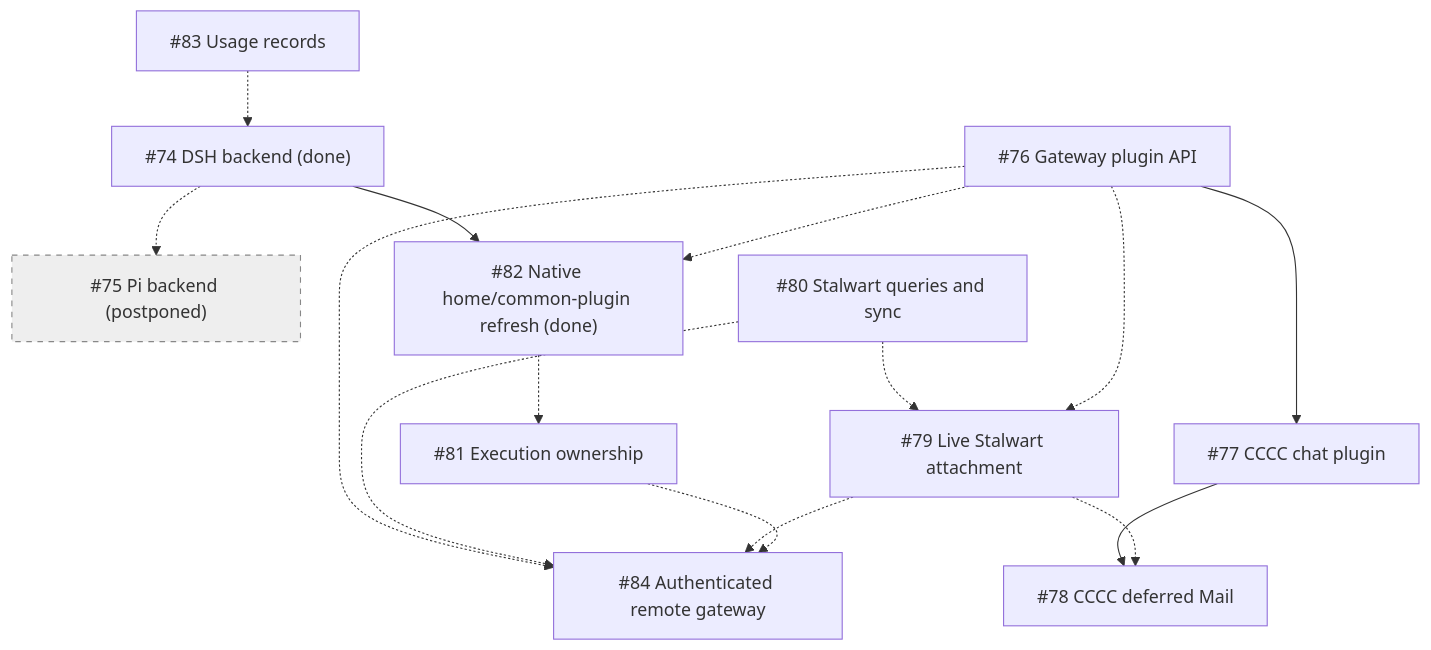
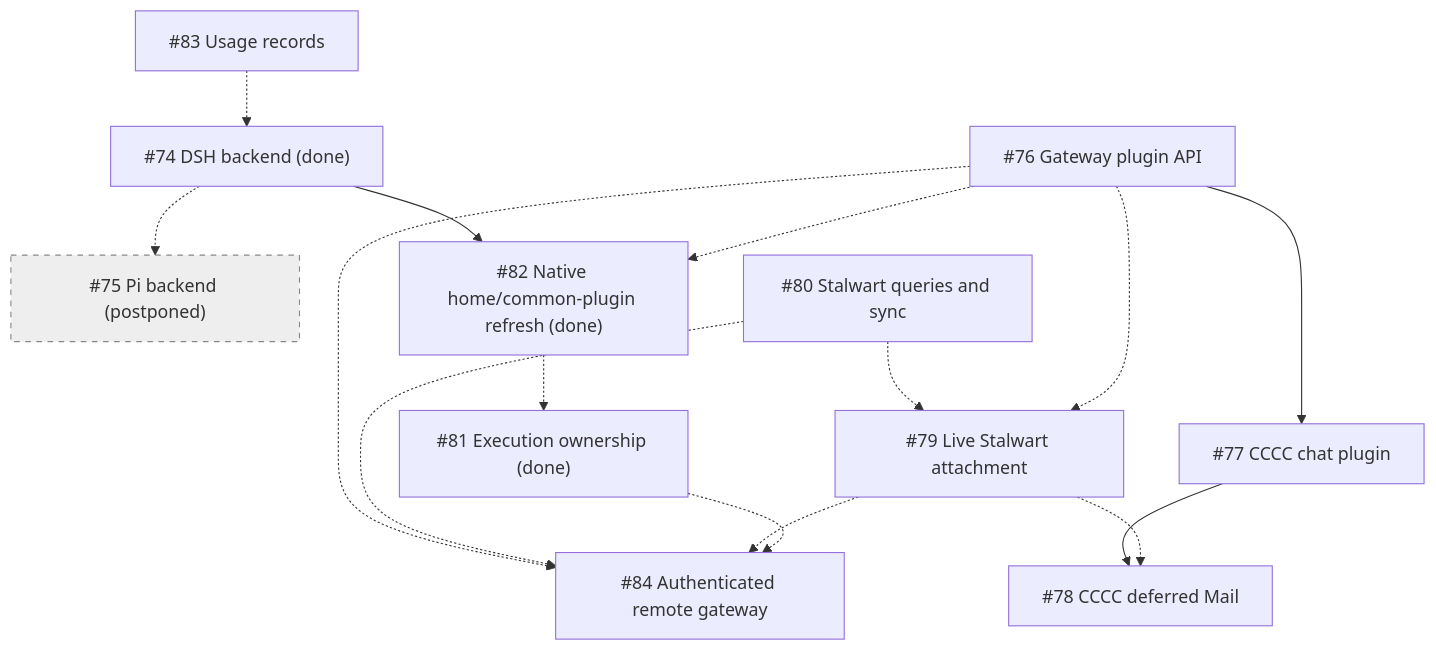
One commit to igamenovoer/houmao changed the diagram in ROADMAP.md. Above: the diagram before and after it, drawn with Mermaid. The commit also changed other lines of this file and 22 other files, not shown here.

````diff
--- a/ROADMAP.md
+++ b/ROADMAP.md
@@ -41,19 +41,19 @@
 ```mermaid
 flowchart TD
     I83["#83 Usage records"] -.-> I74["#74 DSH backend (done)"]
     I76["#76 Gateway plugin API"] --> I77["#77 CCCC chat plugin"]
     I77 --> I78["#78 CCCC deferred Mail"]
     I74 -.-> I75["#75 Pi backend (postponed)"]
     I74 --> I82["#82 Native home/common-plugin refresh (done)"]
     I76 -.-> I82
-    I82 -.-> I81["#81 Execution ownership"]
+    I82 -.-> I81["#81 Execution ownership (done)"]
     I80["#80 Stalwart queries and sync"] -.-> I79["#79 Live Stalwart attachment"]
     I76 -.-> I79
     I79 -.-> I78
     I76 -.-> I84["#84 Authenticated remote gateway"]
     I80 -.-> I84
     I79 -.-> I84
     I81 -.-> I84
     classDef postponed fill:#eee,stroke:#888,stroke-dasharray:5 5
     class I75 postponed
 ```
````
